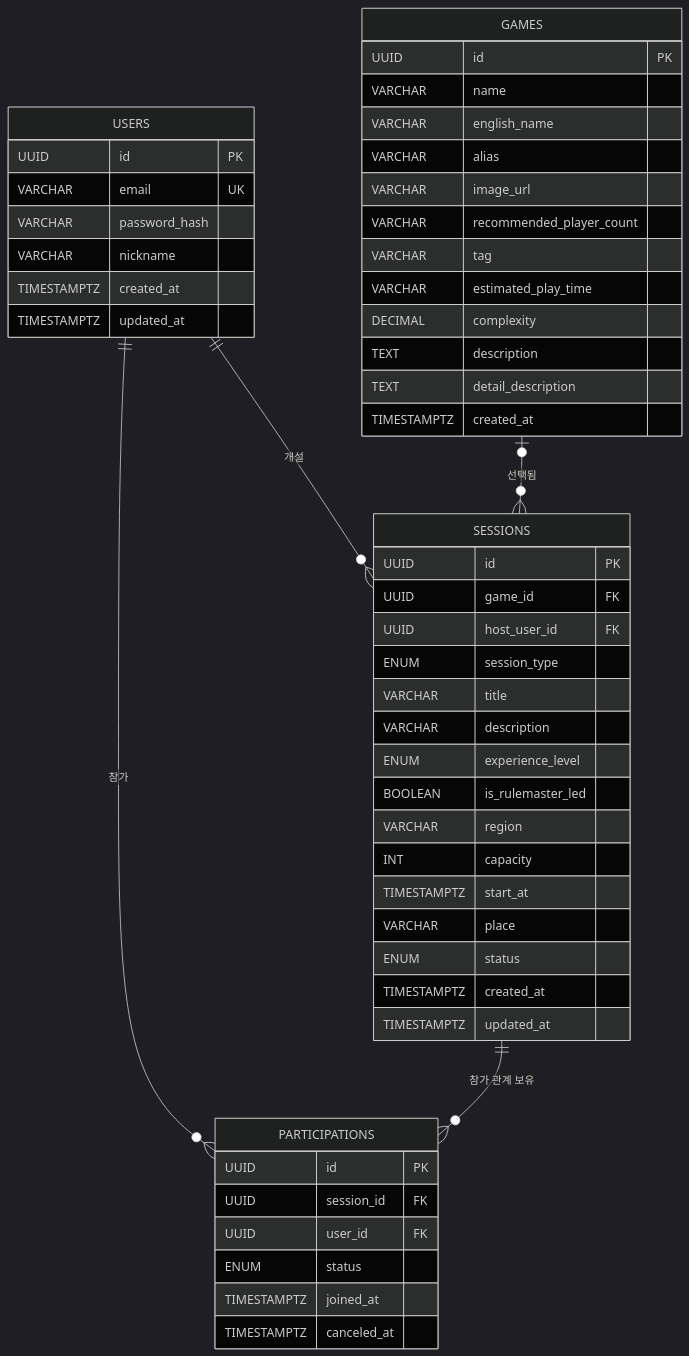
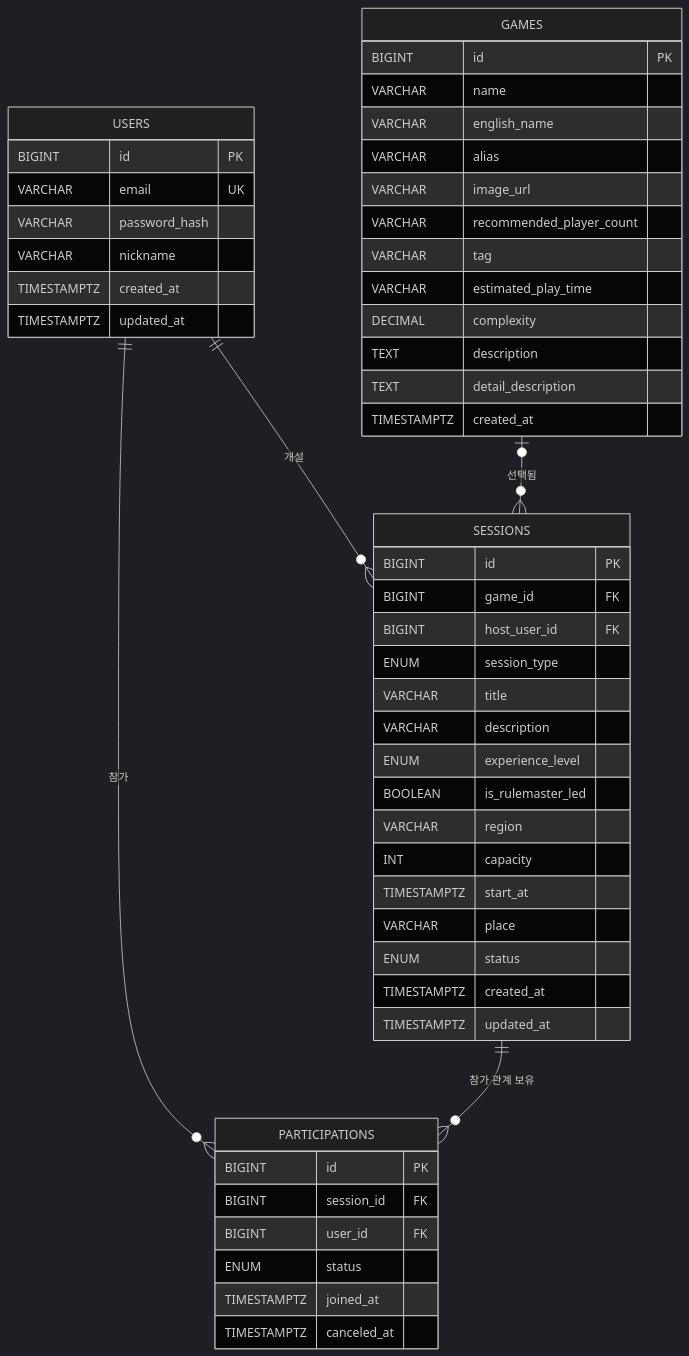
One commit to bamsongi-club/albam-mate changed the diagram in docs/ERD.md. Above: the diagram before and after it, drawn with Mermaid (dark theme). The commit also changed other lines of this file and 4 other files, not shown here.

```diff
--- a/docs/ERD.md
+++ b/docs/ERD.md
@@ -15,58 +15,58 @@
 ~~~mermaid
 erDiagram
     USERS ||--o{ SESSIONS : "개설"
     GAMES o|--o{ SESSIONS : "선택됨"
     USERS ||--o{ PARTICIPATIONS : "참가"
     SESSIONS ||--o{ PARTICIPATIONS : "참가 관계 보유"
 
     USERS {
-        UUID id PK
+        BIGINT id PK
         VARCHAR email UK
         VARCHAR password_hash
         VARCHAR nickname
         TIMESTAMPTZ created_at
         TIMESTAMPTZ updated_at
     }
 
     GAMES {
-        UUID id PK
+        BIGINT id PK
         VARCHAR name
         VARCHAR english_name
         VARCHAR alias
         VARCHAR image_url
         VARCHAR recommended_player_count
         VARCHAR tag
         VARCHAR estimated_play_time
         DECIMAL complexity
         TEXT description
         TEXT detail_description
         TIMESTAMPTZ created_at
     }
 
     SESSIONS {
-        UUID id PK
-        UUID game_id FK
-        UUID host_user_id FK
+        BIGINT id PK
+        BIGINT game_id FK
+        BIGINT host_user_id FK
         ENUM session_type
         VARCHAR title
         VARCHAR description
         ENUM experience_level
         BOOLEAN is_rulemaster_led
         VARCHAR region
         INT capacity
         TIMESTAMPTZ start_at
         VARCHAR place
         ENUM status
         TIMESTAMPTZ created_at
         TIMESTAMPTZ updated_at
     }
 
     PARTICIPATIONS {
-        UUID id PK
-        UUID session_id FK
-        UUID user_id FK
+        BIGINT id PK
+        BIGINT session_id FK
+        BIGINT user_id FK
         ENUM status
         TIMESTAMPTZ joined_at
         TIMESTAMPTZ canceled_at
     }
 ~~~
```
